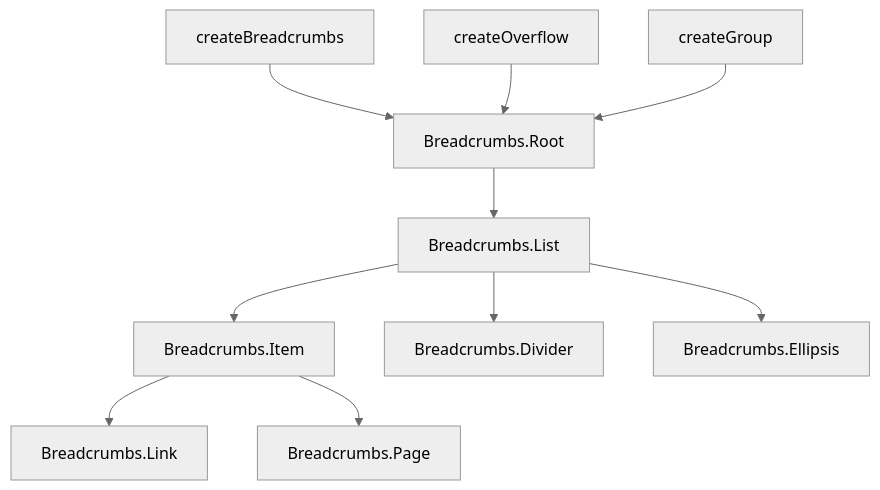
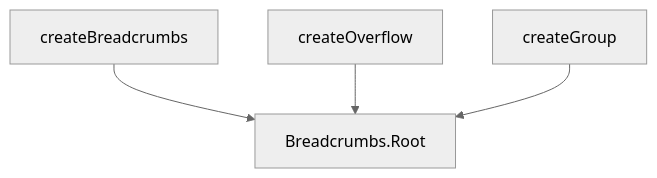
The diagram in apps/docs/src/pages/components/semantic/breadcrumbs.md (vuetifyjs/0), drawn with Mermaid (neutral theme) before and after one commit. The commit also changed other lines of this file, not shown here.

Commit message:
docs(Breadcrumbs): trim the architecture diagram to the composables
The diagram redrew the compound tree that the Anatomy block above it already
maps, which is the job the docs rules give Anatomy — and at ten nodes it was
over the ~8 the same rules cap diagrams at. What is left is the part Anatomy
cannot show: the three composables the Root builds on.

Also adds the Activator to Anatomy, which should list one of each named child.

````diff
--- a/apps/docs/src/pages/components/semantic/breadcrumbs.md
+++ b/apps/docs/src/pages/components/semantic/breadcrumbs.md
@@ -68,23 +70,11 @@
 ```mermaid "Breadcrumbs Architecture"
 flowchart TD
   Breadcrumbs["createBreadcrumbs"]
   Overflow["createOverflow"]
   Group["createGroup"]
   Root["Breadcrumbs.Root"]:::primary
-  List["Breadcrumbs.List"]
-  Item["Breadcrumbs.Item"]
-  Divider["Breadcrumbs.Divider"]
-  Ellipsis["Breadcrumbs.Ellipsis"]
-  Link["Breadcrumbs.Link"]
-  Page["Breadcrumbs.Page"]
 
   Breadcrumbs --> Root
   Overflow --> Root
   Group --> Root
-  Root --> List
-  List --> Item
-  List --> Divider
-  List --> Ellipsis
-  Item --> Link
-  Item --> Page
 ```
````
